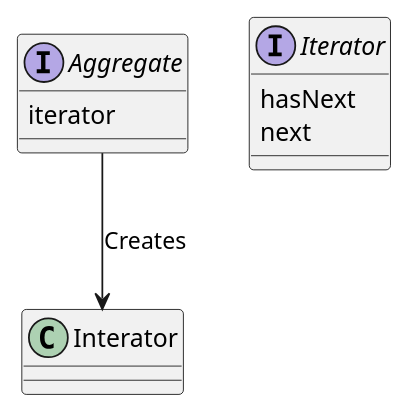
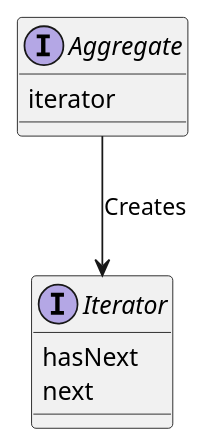
One commit to ku2ma2/design_pattern changed the diagram in php/iterator/README.md. Above: the diagram before and after it, drawn with PlantUML.

````diff
--- a/php/iterator/README.md
+++ b/php/iterator/README.md
@@ -4,17 +4,17 @@
 ```uml
 @startuml
 
 
 interface Aggregate {
     iterator
 }
 
 interface Iterator {
     hasNext
     next
 }
 
-Aggregate --> "Interator" : Creates
+Aggregate --> Iterator : Creates
 
 @enduml
 ```
````
